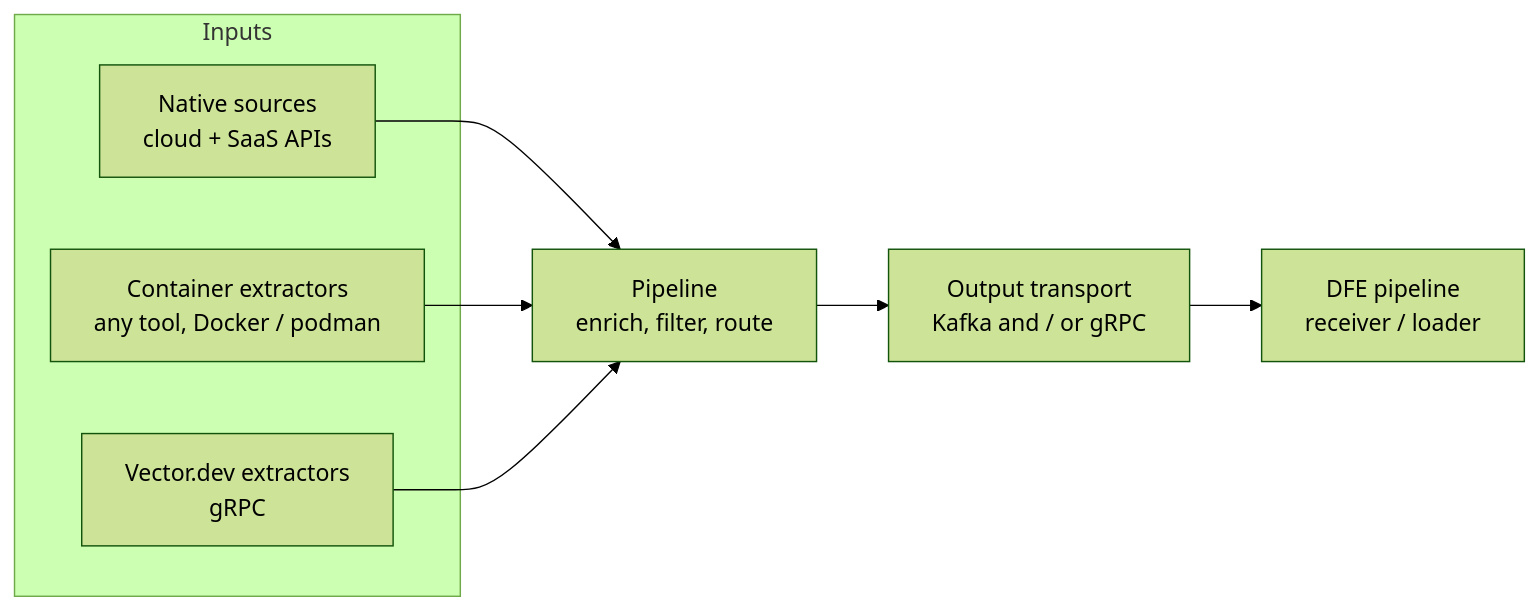
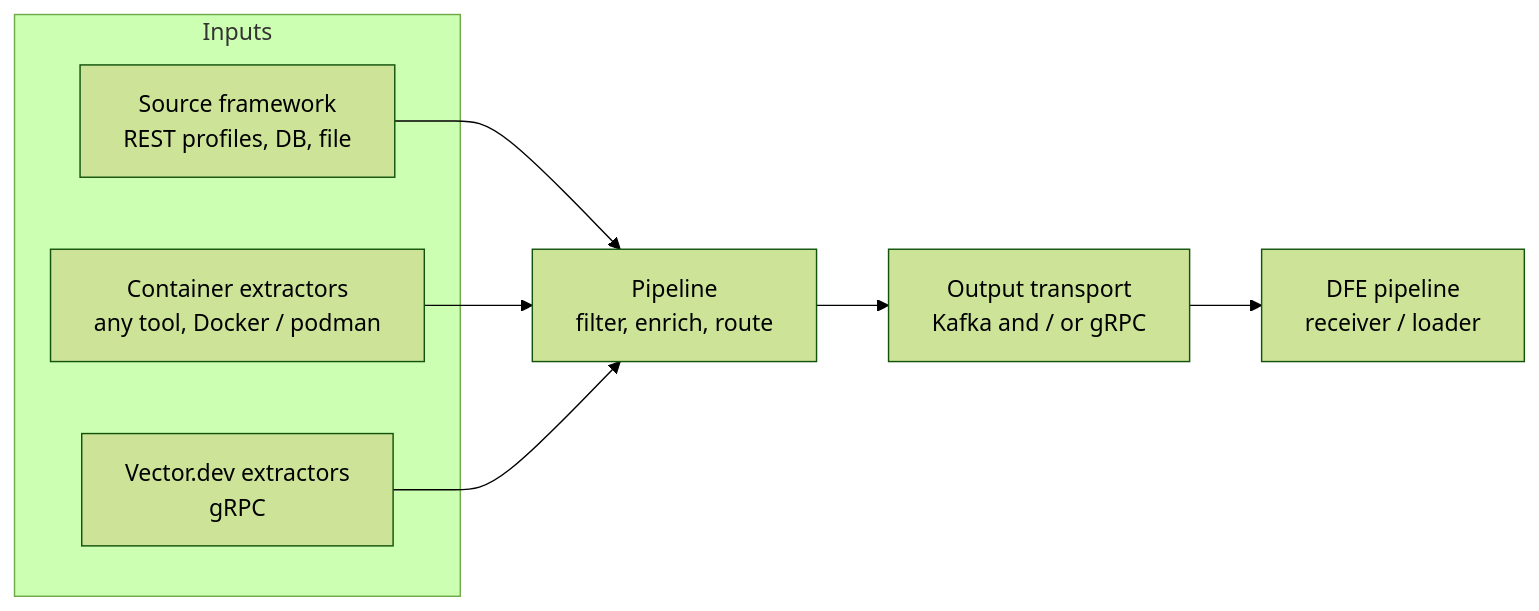
The diagram in README.md (hyperi-io/dfe-fetcher), drawn with Mermaid (forest theme) before and after one commit. The commit also changed other lines of this file and 265 other files, not shown here.

First line of the commit message:
fix(sources): run every source on one generic framework

````diff
--- a/README.md
+++ b/README.md
@@ -17,13 +17,13 @@
 ```mermaid
-graph LR
+flowchart LR
     subgraph Inputs
-        NS[Native sources<br>cloud + SaaS APIs]
+        FW[Source framework<br>REST profiles, DB, file]
         CE[Container extractors<br>any tool, Docker / podman]
         VE[Vector.dev extractors<br>gRPC]
     end
-    NS --> P[Pipeline<br>enrich, filter, route]
+    FW --> P[Pipeline<br>filter, enrich, route]
     CE --> P
     VE --> P
     P --> O[Output transport<br>Kafka and / or gRPC]
     O --> DFE[DFE pipeline<br>receiver / loader]
 ```
````
